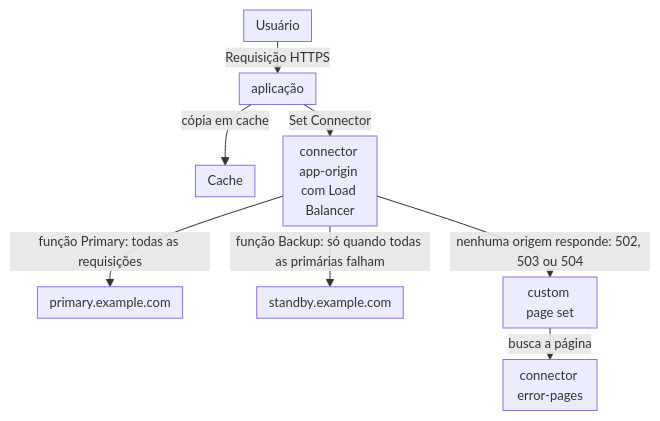
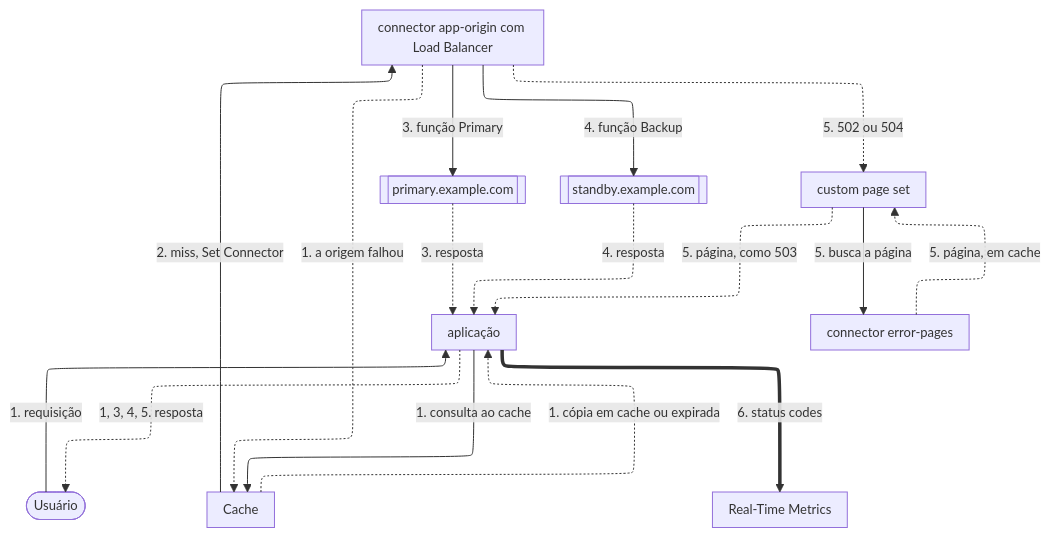
The diagram in apps/docs/src/content/docs/pt-br/pages/casos-de-uso/melhorar-performance-e-confiabilidade/manter-uma-aplicacao-no-ar-quando-uma-origem-falha.mdx (aziontech/docs), drawn with Mermaid before and after one commit. The commit also changed other lines of this file and 55 other files, not shown here.

Commit message:
docs(use-cases): redraw the use-case diagrams with the way back and check their claims (#2509)

````diff
--- a/apps/docs/src/content/docs/pt-br/pages/casos-de-uso/melhorar-performance-e-confiabilidade/manter-uma-aplicacao-no-ar-quando-uma-origem-falha.mdx
+++ b/apps/docs/src/content/docs/pt-br/pages/casos-de-uso/melhorar-performance-e-confiabilidade/manter-uma-aplicacao-no-ar-quando-uma-origem-falha.mdx
@@ -41,11 +43,28 @@
 ```mermaid
-%%{init: {"layout": "dagre", "themeVariables": {"fontSize": "13px"}, "flowchart": {"nodeSpacing": 12, "rankSpacing": 12, "padding": 6, "wrappingWidth": 70, "minNodeWidth": 40, "useMaxWidth": true}}}%%
+%%{init: {"layout": "elk", "themeVariables": {"fontSize": "13px"}, "flowchart": {"nodeSpacing": 24, "rankSpacing": 36, "padding": 8, "wrappingWidth": 150, "useMaxWidth": true}, "sequence": {"width": 120, "actorMargin": 30, "useMaxWidth": true}}}%%
 flowchart TD
-  User["Usuário"] -->|"Requisição HTTPS"| App["aplicação"]
-  App -->|"cópia em cache"| Cache["Cache"]
-  App -->|"Set Connector"| Pool["connector app-origin com Load Balancer"]
-  Pool -->|"função Primary: todas as requisições"| Primary["primary.example.com"]
-  Pool -->|"função Backup: só quando todas as primárias falham"| Standby["standby.example.com"]
-  Pool -->|"nenhuma origem responde: 502, 503 ou 504"| Pages["custom page set"]
-  Pages -->|"busca a página"| Errors["connector error-pages"]
+  User(["Usuário"])
+  App["aplicação"]
+  Cache["Cache"]
+  Pool["connector app-origin com Load Balancer"]
+  Primary[["primary.example.com"]]
+  Standby[["standby.example.com"]]
+  Pages["custom page set"]
+  Errors["connector error-pages"]
+  RTM["Real-Time Metrics"]
+  User -->|"1. requisição"| App
+  App -->|"1. consulta ao cache"| Cache
+  Cache -->|"2. miss, Set Connector"| Pool
+  Pool -->|"3. função Primary"| Primary
+  Pool -->|"4. função Backup"| Standby
+  Pages -->|"5. busca a página"| Errors
+  Cache -.->|"1. cópia em cache ou expirada"| App
+  Primary -.->|"3. resposta"| App
+  Standby -.->|"4. resposta"| App
+  Pool -.->|"1. a origem falhou"| Cache
+  Pool -.->|"5. 502 ou 504"| Pages
+  Errors -.->|"5. página, em cache"| Pages
+  Pages -.->|"5. página, como 503"| App
+  App -.->|"1, 3, 4, 5. resposta"| User
+  App ==>|"6. status codes"| RTM
 ```
````
